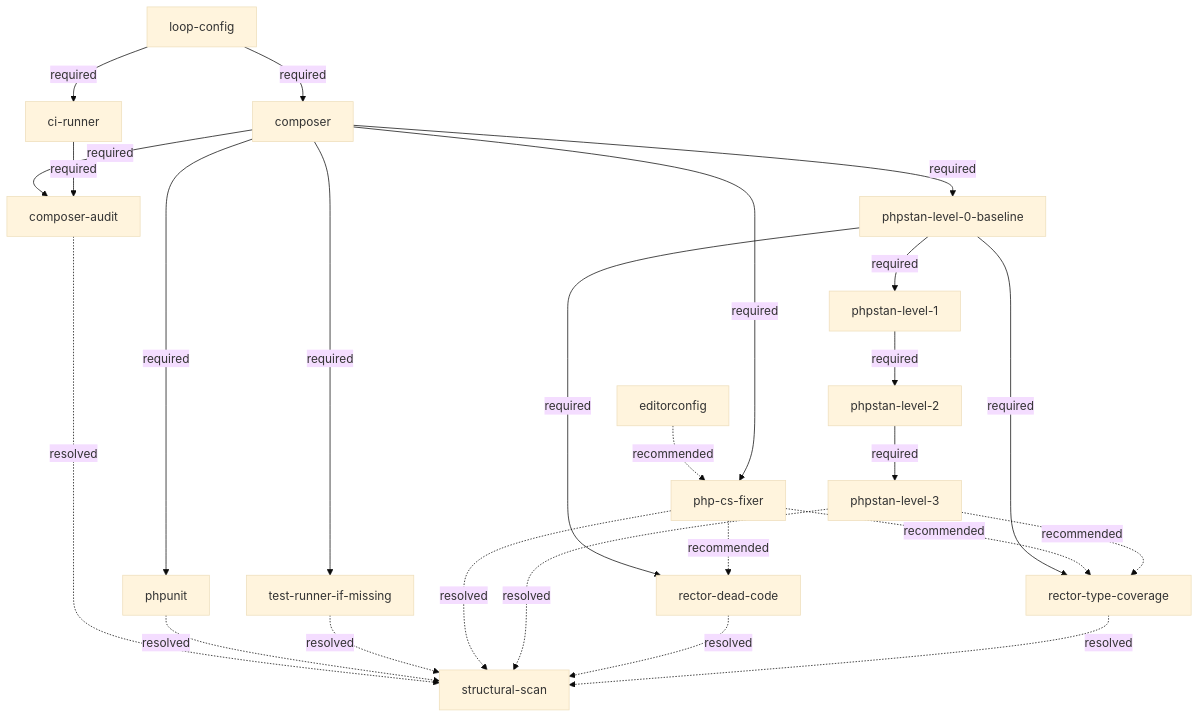
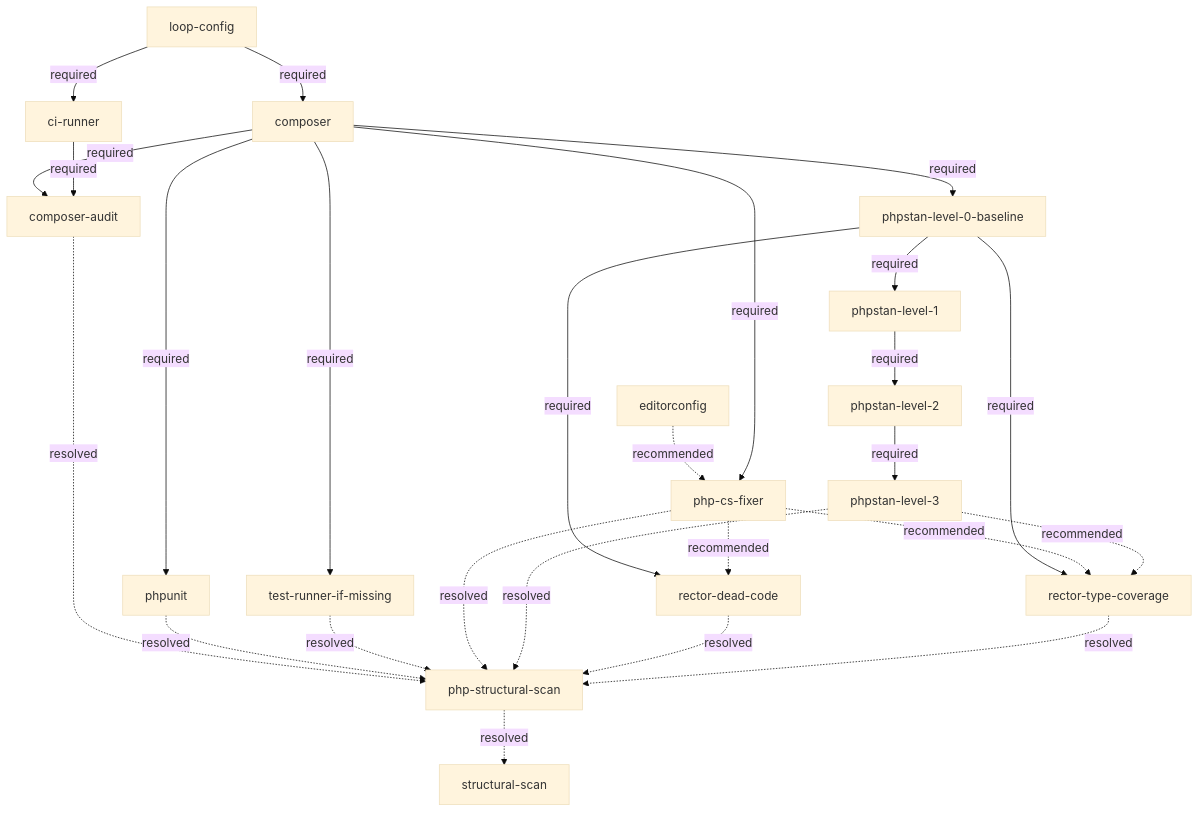
Before and after one commit to Art4/continuous-refactoring: the diagram in skills/refactor-scan/references/php-tooling-tree.md, drawn with Mermaid (base theme). The commit also changed other lines of this file and 5 other files, not shown here.

````diff
--- a/skills/refactor-scan/references/php-tooling-tree.md
+++ b/skills/refactor-scan/references/php-tooling-tree.md
@@ -7,43 +7,45 @@
 ```mermaid
 graph TD
     lc[loop-config]
     ci[ci-runner]
     comp[composer]
     edc[editorconfig]
     cs[php-cs-fixer]
     unit[phpunit]
     audit[composer-audit]
     tr[test-runner-if-missing]
     p0[phpstan-level-0-baseline]
     p1[phpstan-level-1]
     p2[phpstan-level-2]
     p3[phpstan-level-3]
     rdc[rector-dead-code]
     rtc[rector-type-coverage]
+    phpss[php-structural-scan]
     ss[structural-scan]
 
     lc -->|required| comp
     lc -->|required| ci
     edc -.->|recommended| cs
     comp -->|required| cs
     comp -->|required| unit
     comp -->|required| tr
     comp -->|required| audit
     ci -->|required| audit
     comp -->|required| p0
     p0 -->|required| p1
     p1 -->|required| p2
     p2 -->|required| p3
     p0 -->|required| rdc
     p0 -->|required| rtc
     cs -.->|recommended| rdc
     cs -.->|recommended| rtc
     p3 -.->|recommended| rtc
-    audit -.->|resolved| ss
-    unit -.->|resolved| ss
-    tr -.->|resolved| ss
-    cs -.->|resolved| ss
-    p3 -.->|resolved| ss
-    rdc -.->|resolved| ss
-    rtc -.->|resolved| ss
+    audit -.->|resolved| phpss
+    unit -.->|resolved| phpss
+    tr -.->|resolved| phpss
+    cs -.->|resolved| phpss
+    p3 -.->|resolved| phpss
+    rdc -.->|resolved| phpss
+    rtc -.->|resolved| phpss
+    phpss -.->|resolved| ss
 ```
````
